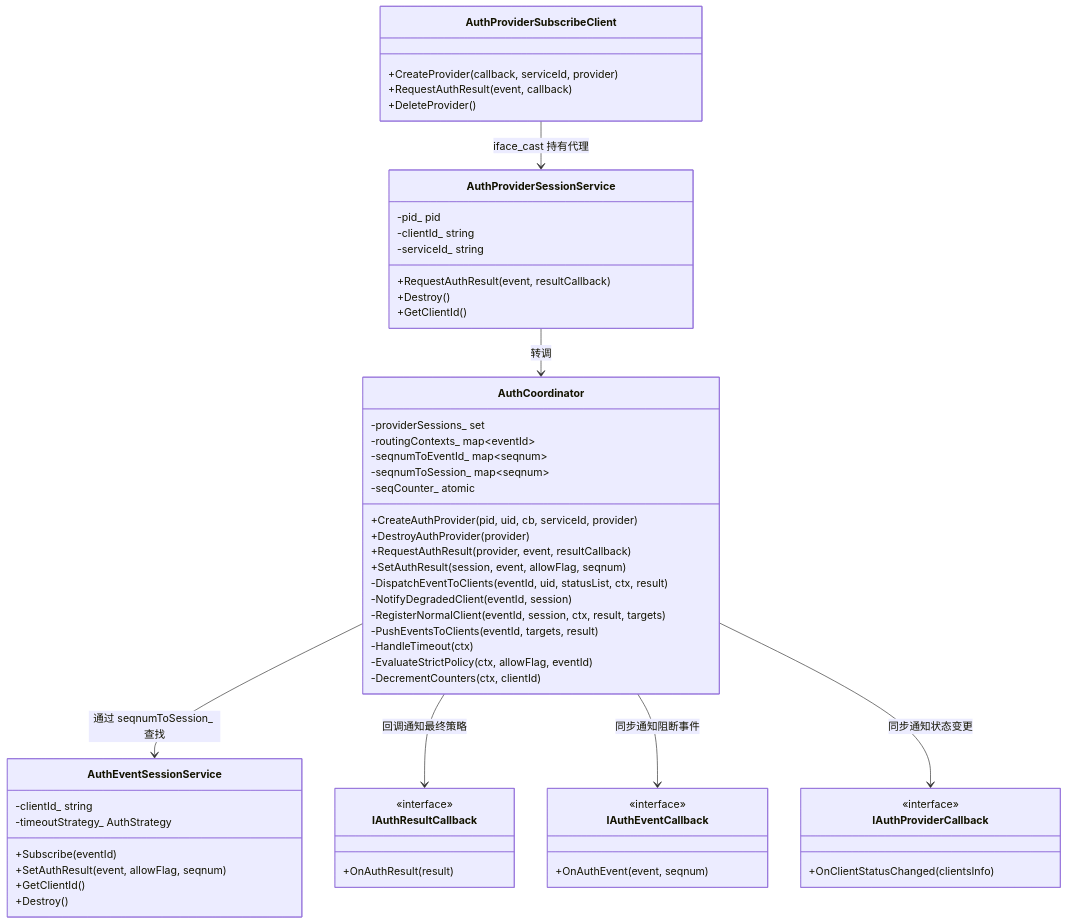
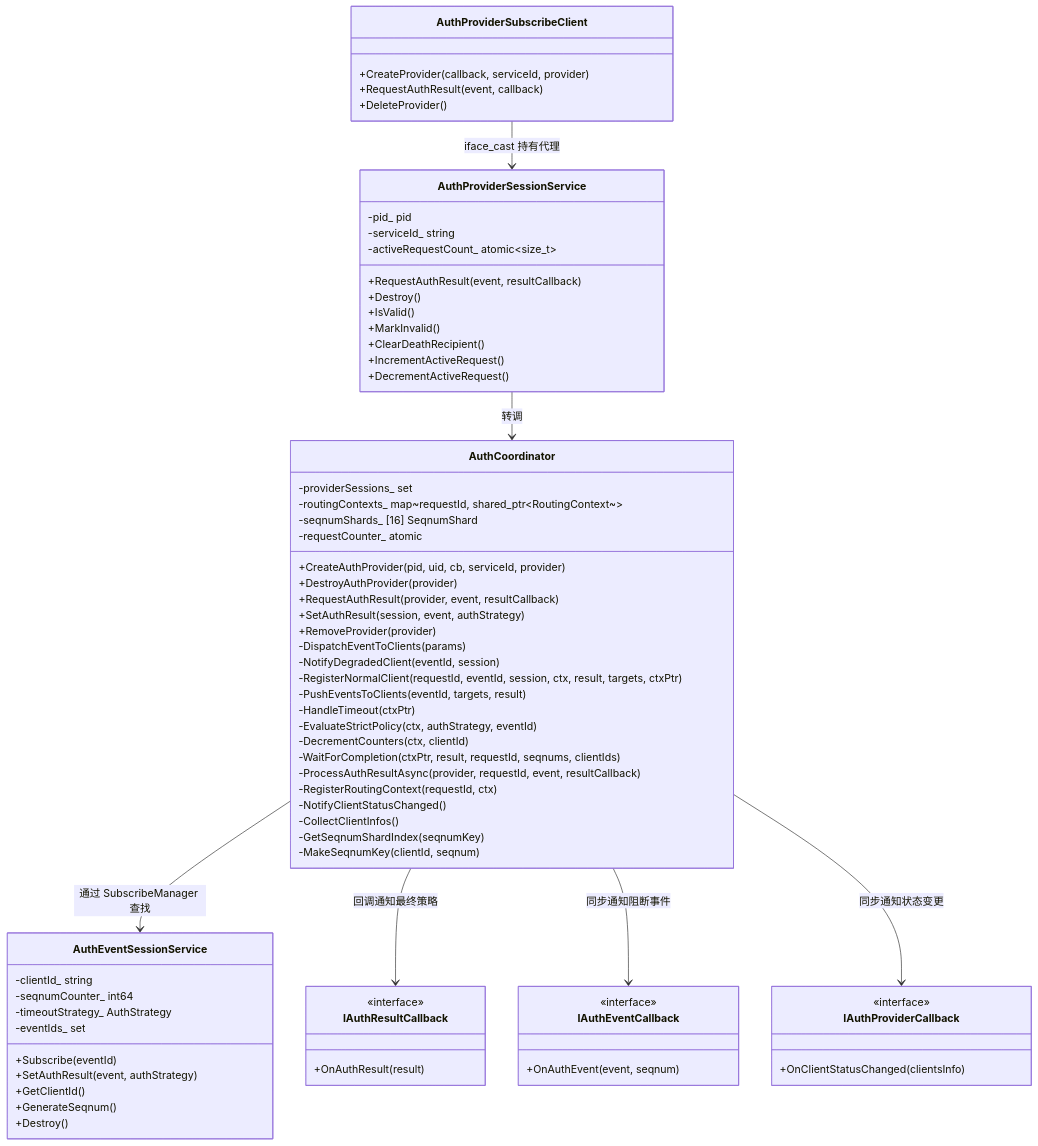
Before and after one commit to eclipse-oniro-mirrors/security_security_guard: the first of 10 diagrams in .sdd/SR-20260806903302/design-doc.md, drawn with Mermaid. The commit also changed other lines of this file and 19 other files, not shown here.

````diff
--- a/.sdd/SR-20260806903302/design-doc.md
+++ b/.sdd/SR-20260806903302/design-doc.md
@@ -43,67 +44,81 @@
 ```mermaid
 classDiagram
     class AuthProviderSubscribeClient {
         +CreateProvider(callback, serviceId, provider)
         +RequestAuthResult(event, callback)
         +DeleteProvider()
     }
 
     class AuthProviderSessionService {
         -pid_ pid
-        -clientId_ string
         -serviceId_ string
+        -activeRequestCount_ atomic~size_t~
         +RequestAuthResult(event, resultCallback)
         +Destroy()
-        +GetClientId()
+        +IsValid()
+        +MarkInvalid()
+        +ClearDeathRecipient()
+        +IncrementActiveRequest()
+        +DecrementActiveRequest()
     }
 
     class AuthCoordinator {
         -providerSessions_ set
-        -routingContexts_ map~eventId~
-        -seqnumToEventId_ map~seqnum~
-        -seqnumToSession_ map~seqnum~
-        -seqCounter_ atomic
+        -routingContexts_ map~requestId, shared_ptr~RoutingContext~~
+        -seqnumShards_ [16] SeqnumShard
+        -requestCounter_ atomic
         +CreateAuthProvider(pid, uid, cb, serviceId, provider)
         +DestroyAuthProvider(provider)
         +RequestAuthResult(provider, event, resultCallback)
-        +SetAuthResult(session, event, allowFlag, seqnum)
-        -DispatchEventToClients(eventId, uid, statusList, ctx, result)
+        +SetAuthResult(session, event, authStrategy)
+        +RemoveProvider(provider)
+        -DispatchEventToClients(params)
         -NotifyDegradedClient(eventId, session)
-        -RegisterNormalClient(eventId, session, ctx, result, targets)
+        -RegisterNormalClient(requestId, eventId, session, ctx, result, targets, ctxPtr)
         -PushEventsToClients(eventId, targets, result)
-        -HandleTimeout(ctx)
-        -EvaluateStrictPolicy(ctx, allowFlag, eventId)
+        -HandleTimeout(ctxPtr)
+        -EvaluateStrictPolicy(ctx, authStrategy, eventId)
         -DecrementCounters(ctx, clientId)
+        -WaitForCompletion(ctxPtr, result, requestId, seqnums, clientIds)
+        -ProcessAuthResultAsync(provider, requestId, event, resultCallback)
+        -RegisterRoutingContext(requestId, ctx)
+        -NotifyClientStatusChanged()
+        -CollectClientInfos()
+        -GetSeqnumShardIndex(seqnumKey)
+        -MakeSeqnumKey(clientId, seqnum)
     }
 
     class AuthEventSessionService {
         -clientId_ string
+        -seqnumCounter_ int64
         -timeoutStrategy_ AuthStrategy
+        -eventIds_ set
         +Subscribe(eventId)
-        +SetAuthResult(event, allowFlag, seqnum)
+        +SetAuthResult(event, authStrategy)
         +GetClientId()
+        +GenerateSeqnum()
         +Destroy()
     }
 
     class IAuthResultCallback {
         <<interface>>
         +OnAuthResult(result)
     }
 
     class IAuthEventCallback {
         <<interface>>
         +OnAuthEvent(event, seqnum)
     }
 
     class IAuthProviderCallback {
         <<interface>>
         +OnClientStatusChanged(clientsInfo)
     }
 
     AuthProviderSubscribeClient --> AuthProviderSessionService : iface_cast 持有代理
     AuthProviderSessionService --> AuthCoordinator : 转调
-    AuthCoordinator --> AuthEventSessionService : 通过 seqnumToSession_ 查找
+    AuthCoordinator --> AuthEventSessionService : 通过 SubscribeManager 查找
     AuthCoordinator --> IAuthResultCallback : 回调通知最终策略
     AuthCoordinator --> IAuthEventCallback : 同步通知阻断事件
     AuthCoordinator --> IAuthProviderCallback : 同步通知状态变更
 ```
````
